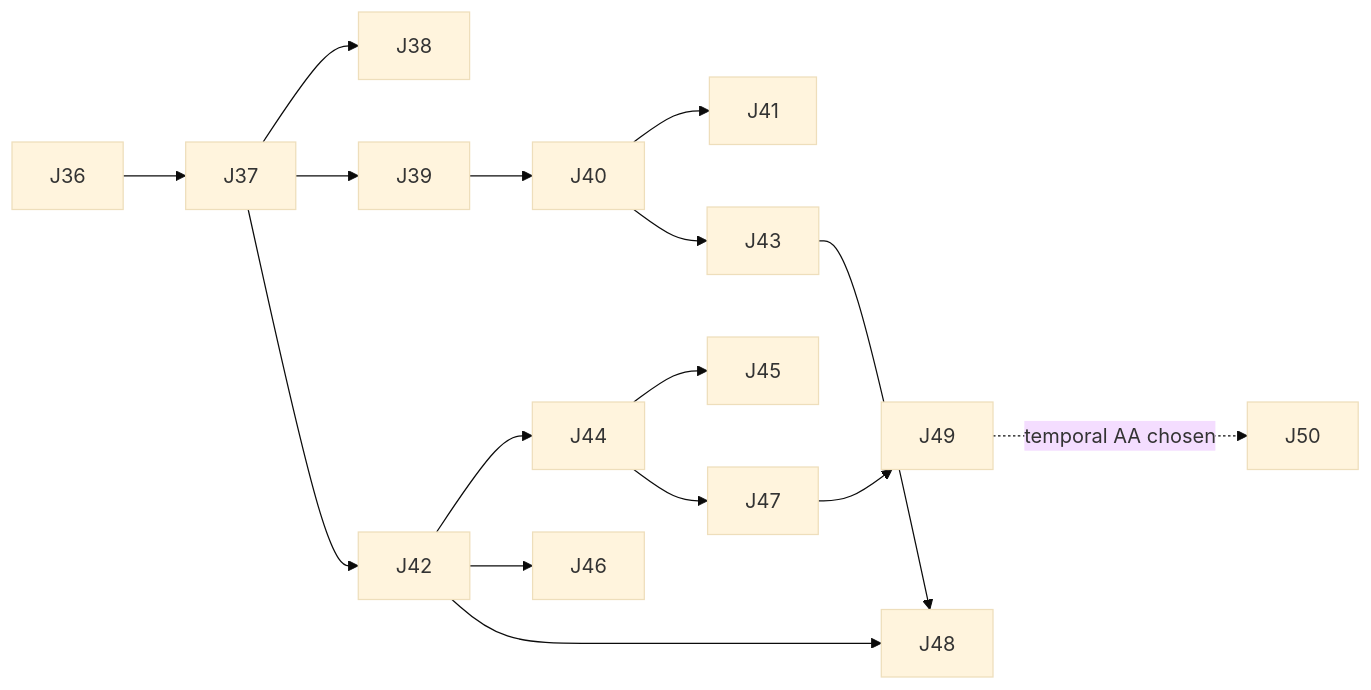
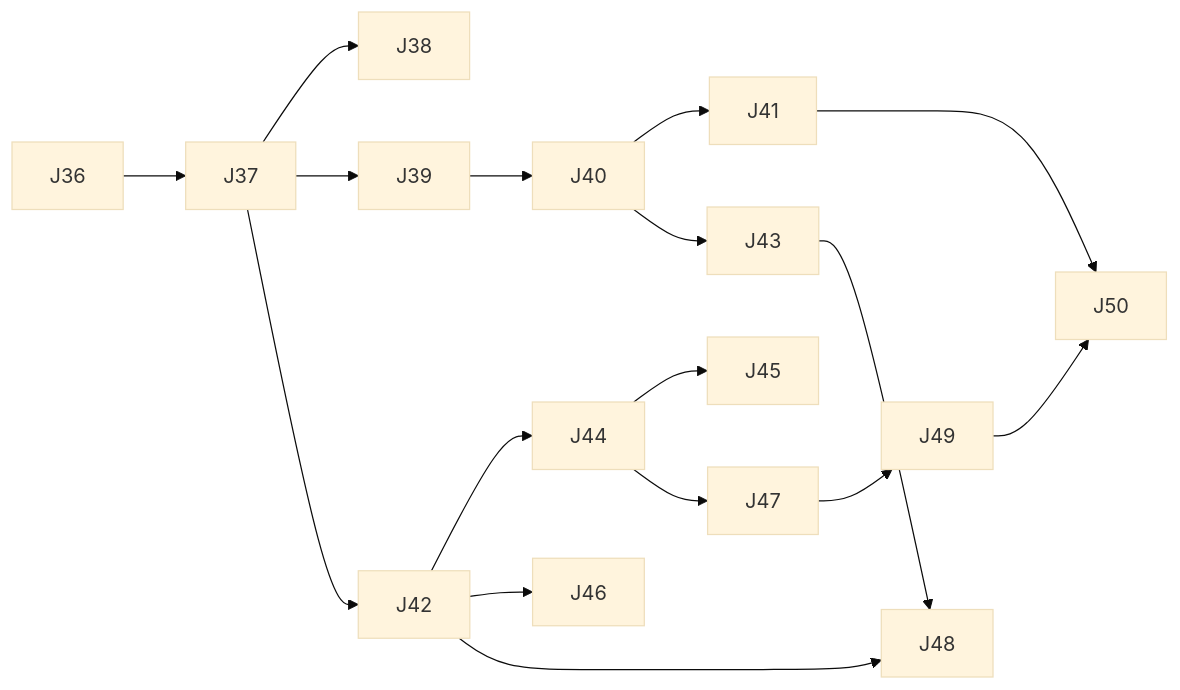
The third of 3 diagrams in docs/dense-geometry-and-ray-tracing.md (ivanhawkes/jettison), drawn with Mermaid (base theme) before and after one commit. The commit also changed other lines of this file and 3 other files, not shown here.

````diff
--- a/docs/dense-geometry-and-ray-tracing.md
+++ b/docs/dense-geometry-and-ray-tracing.md
@@ -420,13 +419,14 @@
 ```mermaid
 flowchart LR
     J36 --> J37
     J37 --> J38
     J37 --> J39 --> J40 --> J41
     J40 --> J43
     J37 --> J42
     J42 --> J44 --> J45
     J42 --> J46
-    J44 --> J47 --> J49 -. "temporal AA chosen" .-> J50
+    J44 --> J47 --> J49 --> J50
+    J41 --> J50
     J43 --> J48
     J42 --> J48
 ```
````
